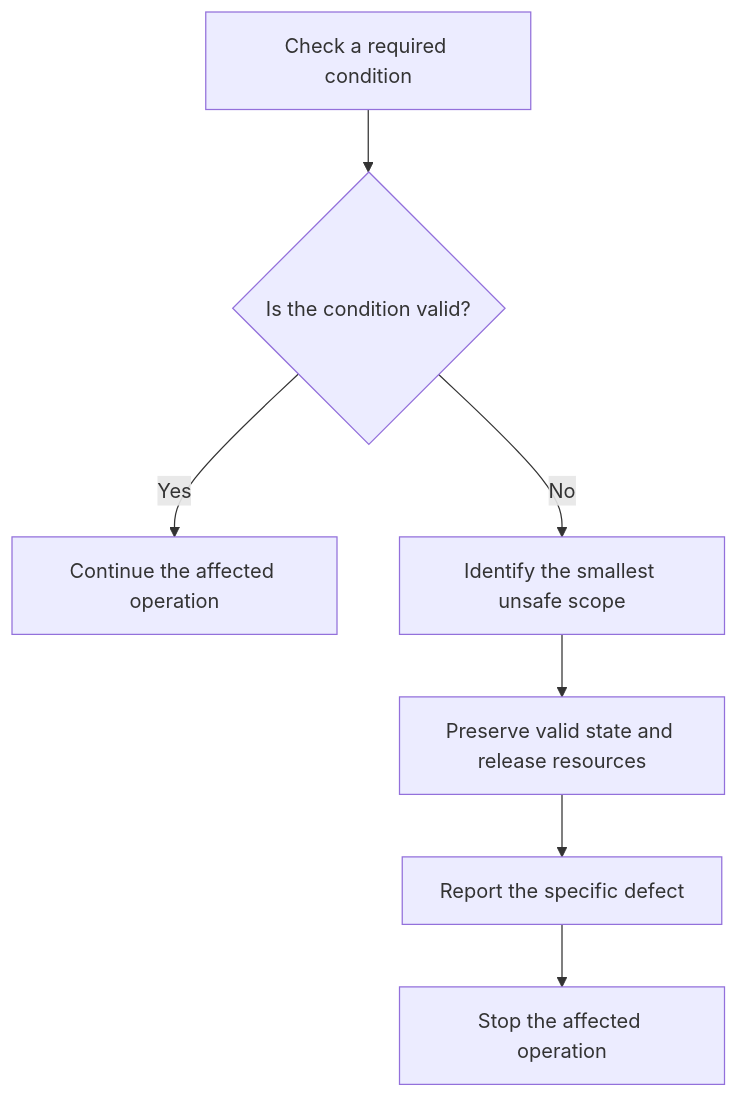
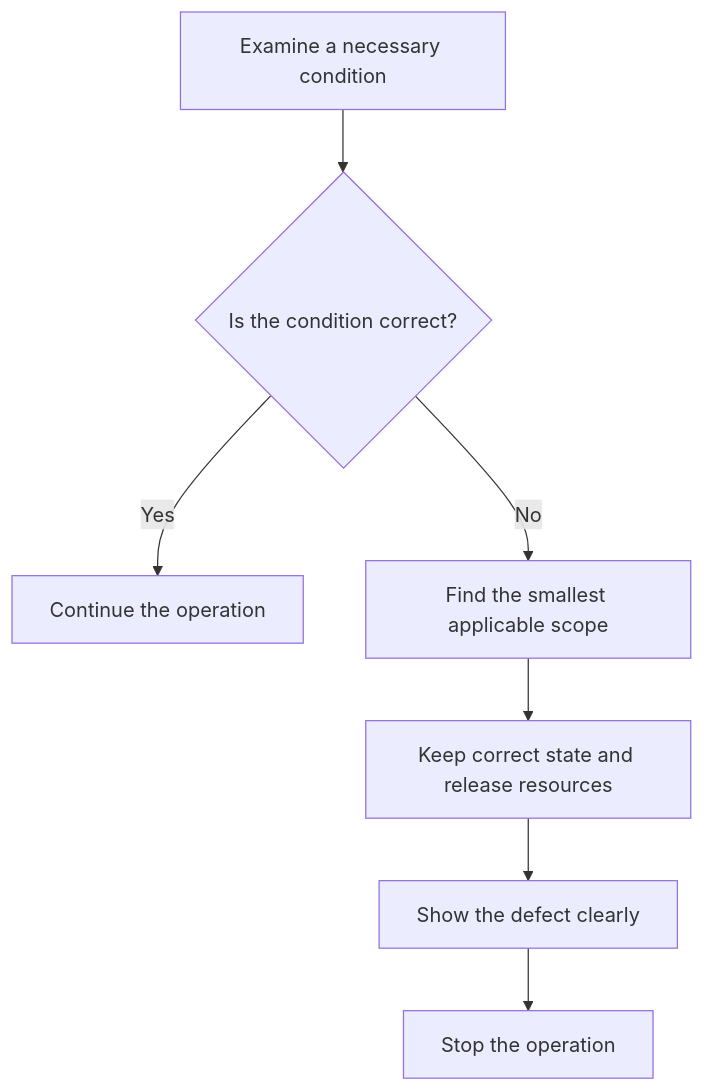
The diagram in docs/principles/details/p034-fail-fast.md (HomericIntelligence/Athena), drawn with Mermaid before and after one commit. The commit also changed other lines of this file and 91 other files, not shown here.

````diff
--- a/docs/principles/details/p034-fail-fast.md
+++ b/docs/principles/details/p034-fail-fast.md
@@ -35,9 +37,9 @@
 ```mermaid
 flowchart TD
-    A["Check a required condition"] --> B{"Is the condition valid?"}
-    B -- "Yes" --> C["Continue the affected operation"]
-    B -- "No" --> D["Identify the smallest unsafe scope"]
-    D --> E["Preserve valid state and release resources"]
-    E --> F["Report the specific defect"]
-    F --> G["Stop the affected operation"]
+    A["Examine a necessary condition"] --> B{"Is the condition correct?"}
+    B -- "Yes" --> C["Continue the operation"]
+    B -- "No" --> D["Find the smallest applicable scope"]
+    D --> E["Keep correct state and release resources"]
+    E --> F["Show the defect clearly"]
+    F --> G["Stop the operation"]
 ```
````
